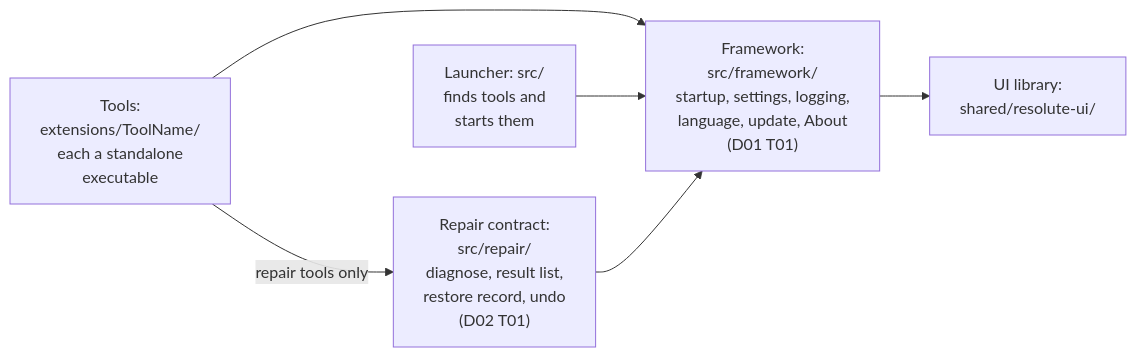
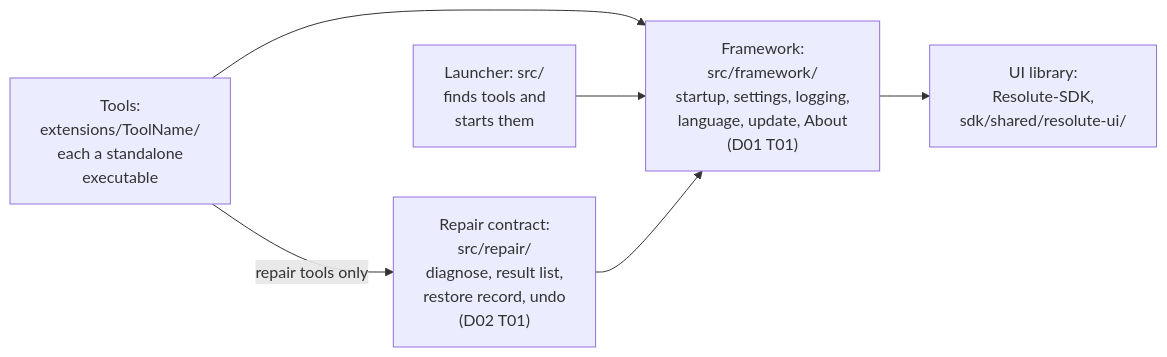
Before and after one commit to rizonesoft/Resolute: the diagram in README.md, drawn with Mermaid. The commit also changed other lines of this file and 122 other files, not shown here.

````diff
--- a/README.md
+++ b/README.md
@@ -138,13 +138,13 @@
 ```mermaid
 flowchart LR
     tools["Tools:<br/>extensions/ToolName/<br/>each a standalone<br/>executable"]
     launcher["Launcher: src/<br/>finds tools and<br/>starts them"]
     repair["Repair contract:<br/>src/repair/<br/>diagnose, result list,<br/>restore record, undo<br/>(D02 T01)"]
     framework["Framework:<br/>src/framework/<br/>startup, settings, logging,<br/>language, update, About<br/>(D01 T01)"]
-    ui["UI library:<br/>shared/resolute-ui/"]
+    ui["UI library:<br/>Resolute-SDK,<br/>sdk/shared/resolute-ui/"]
     tools -- repair tools only --> repair
     tools --> framework
     launcher --> framework
     repair --> framework
     framework --> ui
 ```
````
